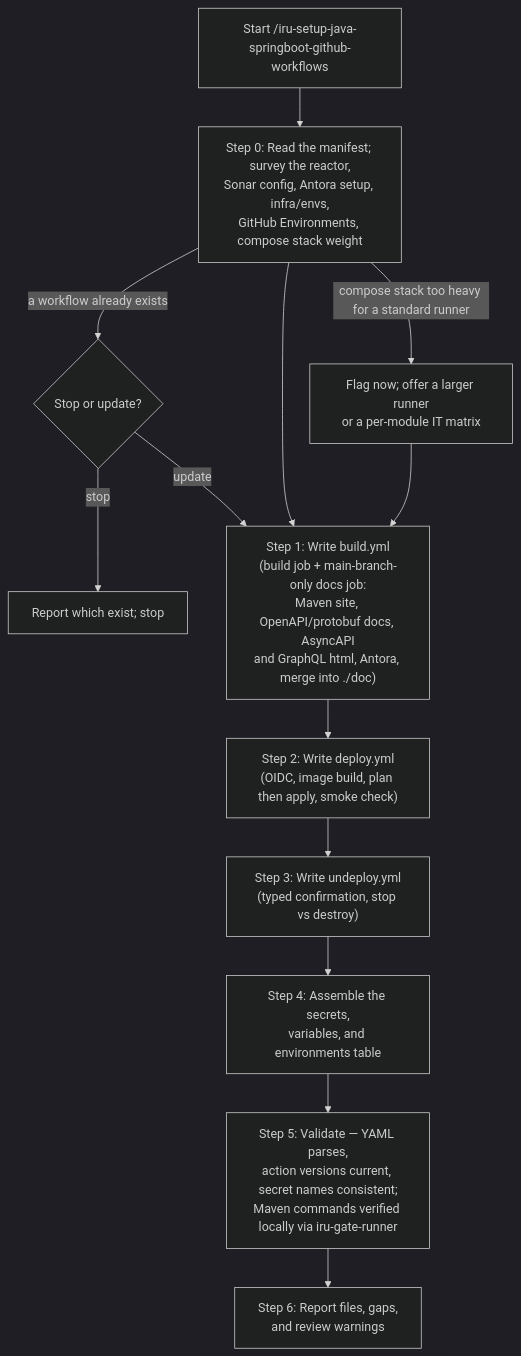
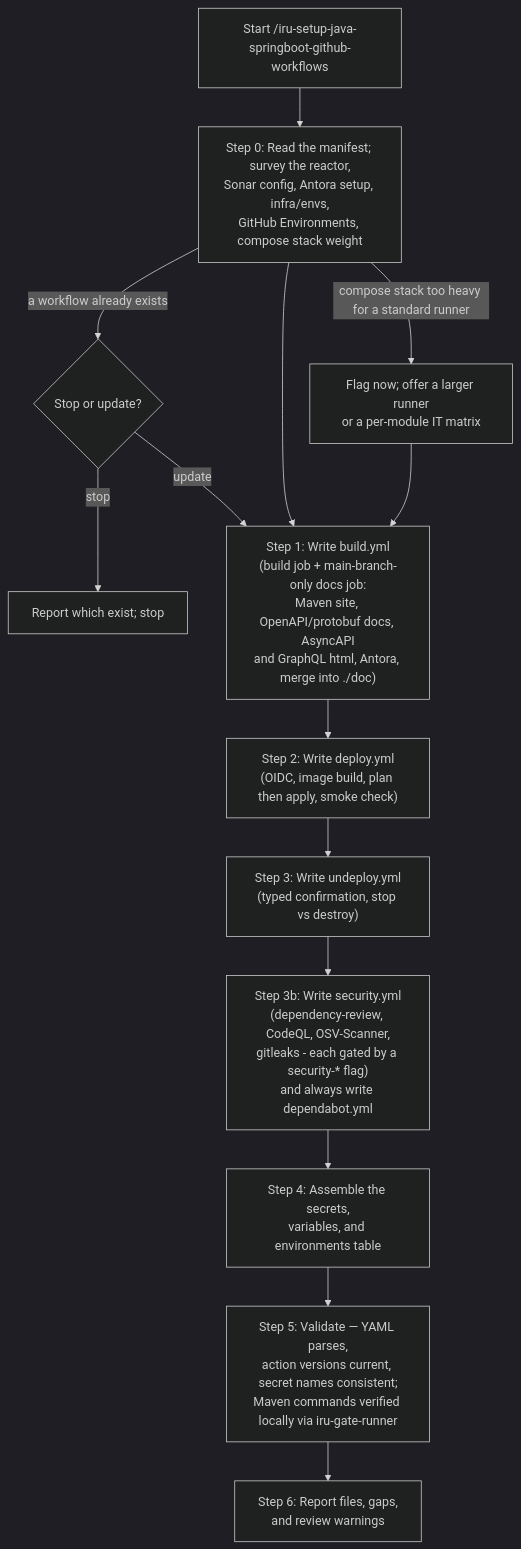
One commit to albertoirurueta/ai-catalog changed the diagram in docs/modules/ROOT/pages/skills/iru-setup-java-springboot-github-workflows.adoc. Above: the diagram before and after it, drawn with Mermaid (dark theme). The commit also changed other lines of this file and 162 other files, not shown here.

```diff
--- a/docs/modules/ROOT/pages/skills/iru-setup-java-springboot-github-workflows.adoc
+++ b/docs/modules/ROOT/pages/skills/iru-setup-java-springboot-github-workflows.adoc
@@ -125,16 +163,17 @@
 [mermaid]
 ....
 flowchart TD
     A["Start /iru-setup-java-springboot-github-workflows"] --> B["Step 0: Read the manifest; survey the reactor,\nSonar config, Antora setup, infra/envs,\nGitHub Environments, compose stack weight"]
     B -- compose stack too heavy for a standard runner --> C["Flag now; offer a larger runner\nor a per-module IT matrix"]
     B -- a workflow already exists --> D{"Stop or update?"}
     D -- stop --> STOP[Report which exist; stop]
     D -- update --> E
     B --> E["Step 1: Write build.yml\n(build job + main-branch-only docs job:\nMaven site, OpenAPI/protobuf docs, AsyncAPI\nand GraphQL html, Antora, merge into ./doc)"]
     C --> E
     E --> F["Step 2: Write deploy.yml\n(OIDC, image build, plan then apply, smoke check)"]
     F --> G["Step 3: Write undeploy.yml\n(typed confirmation, stop vs destroy)"]
-    G --> H["Step 4: Assemble the secrets,\nvariables, and environments table"]
+    G --> G2["Step 3b: Write security.yml\n(dependency-review, CodeQL, OSV-Scanner,\ngitleaks - each gated by a security-* flag)\nand always write dependabot.yml"]
+    G2 --> H["Step 4: Assemble the secrets,\nvariables, and environments table"]
     H --> I["Step 5: Validate — YAML parses,\naction versions current, secret names consistent;\nMaven commands verified locally via iru-gate-runner"]
     I --> J["Step 6: Report files, gaps,\nand review warnings"]
 ....
```
